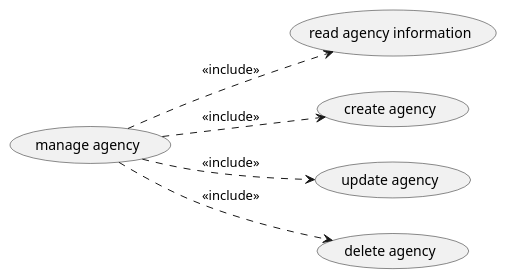
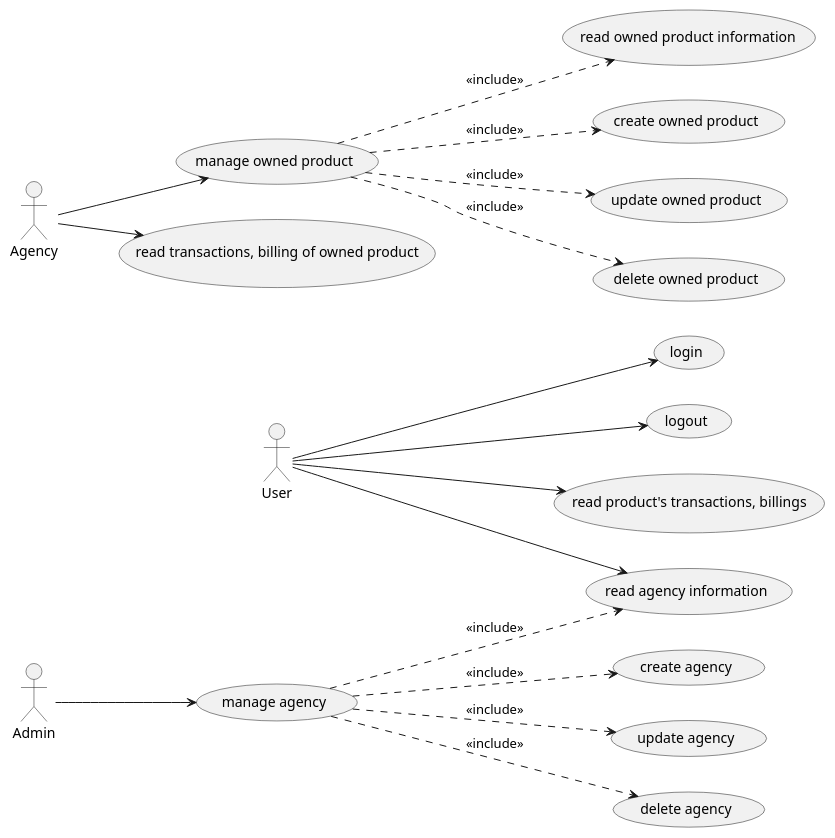
The diagram in UML/usecase.plantuml (felixnguyen678/udt-backend-test), drawn with PlantUML before and after one commit.

Commit message:
Section 2 | design Usecase diagram

```diff
--- a/UML/usecase.plantuml
+++ b/UML/usecase.plantuml
@@ -2,12 +2,25 @@
 @startuml
 
 left to right direction
 
 (manage agency) ..> (read agency information): <<include>>
 (manage agency) ..> (create agency): <<include>>
 (manage agency) ..> (update agency): <<include>>
 (manage agency) ..> (delete agency): <<include>>
 
 
+Admin --> (manage agency)
 
+(manage owned product) ..> (read owned product information): <<include>>
+(manage owned product) ..> (create owned product): <<include>>
+(manage owned product) ..> (update owned product): <<include>>
+(manage owned product) ..> (delete owned product): <<include>>
+
+Agency --> (manage owned product)
+Agency --> (read transactions, billing of owned product)
+
+User --> (login)
+User --> (logout)
+User --> (read product's transactions, billings)
+User --> (read agency information)
 @enduml
```
